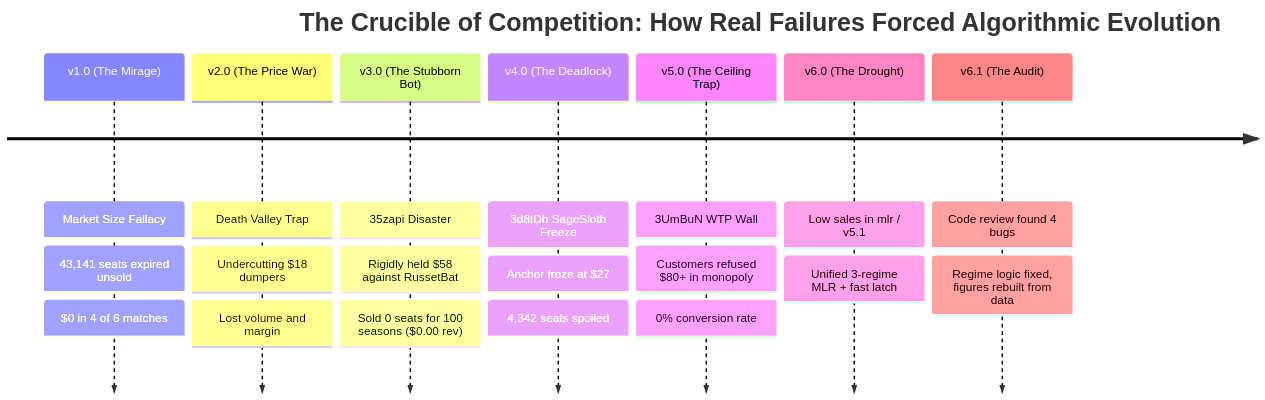
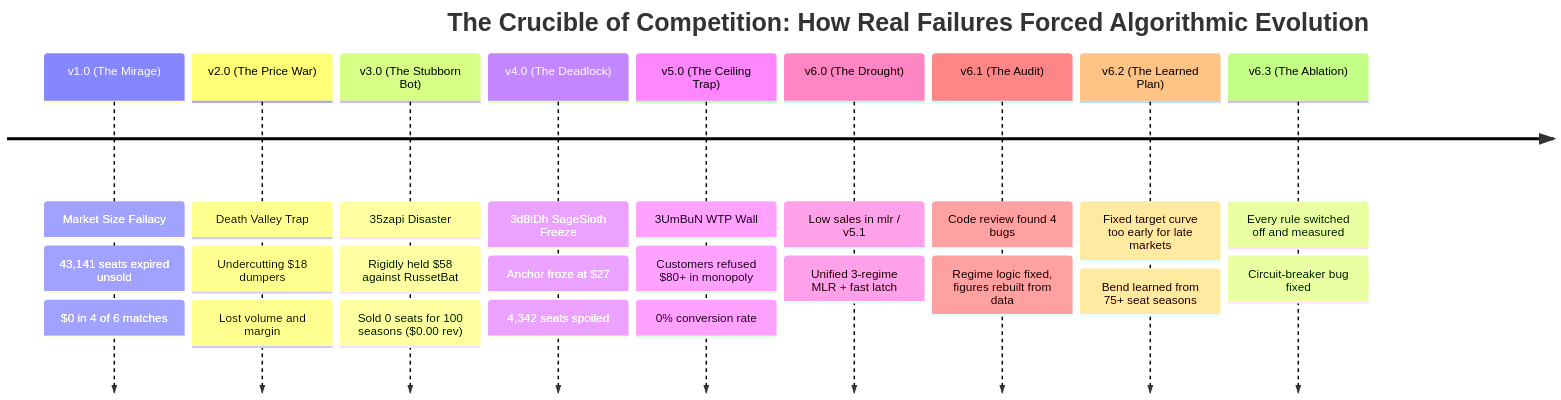
Before and after one commit to RamezCh/Learning-Optimization: the second of 4 diagrams in PRESENTATION.md, drawn with Mermaid. The commit also changed other lines of this file and 23 other files, not shown here.

````diff
--- a/PRESENTATION.md
+++ b/PRESENTATION.md
@@ -48,11 +48,13 @@
 ```mermaid
 timeline
     title The Crucible of Competition: How Real Failures Forced Algorithmic Evolution
     v1.0 (The Mirage) : Market Size Fallacy : 43,141 seats expired unsold : $0 in 4 of 6 matches
     v2.0 (The Price War) : Death Valley Trap : Undercutting $18 dumpers : Lost volume and margin
     v3.0 (The Stubborn Bot) : 35zapi Disaster : Rigidly held $58 against RussetBat : Sold 0 seats for 100 seasons ($0.00 rev)
     v4.0 (The Deadlock) : 3d8tDh SageSloth Freeze : Anchor froze at $27 : 4,342 seats spoiled
     v5.0 (The Ceiling Trap) : 3UmBuN WTP Wall : Customers refused $80+ in monopoly : 0% conversion rate
     v6.0 (The Drought) : Low sales in mlr / v5.1 : Unified 3-regime MLR + fast latch
     v6.1 (The Audit) : Code review found 4 bugs : Regime logic fixed, figures rebuilt from data
+    v6.2 (The Learned Plan) : Fixed target curve too early for late markets : Bend learned from 75+ seat seasons
+    v6.3 (The Ablation) : Every rule switched off and measured : Circuit-breaker bug fixed
 ```
````
